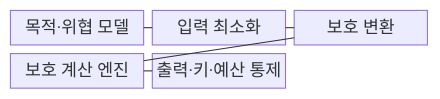
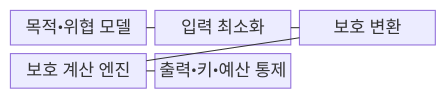
Before and after one commit to agnusdei1207/knowledge-base: the first of 2 diagrams in src/content/docs/notes/05-security/100_privacy_enhancing_technologies.md, drawn with Mermaid. The commit also changed other lines of this file and 953 other files, not shown here.

````diff
--- a/src/content/docs/notes/05-security/100_privacy_enhancing_technologies.md
+++ b/src/content/docs/notes/05-security/100_privacy_enhancing_technologies.md
@@ -61,13 +61,13 @@
 ```mermaid
 block-beta
   columns 3
-  A["목적·위협 모델"]
+  A["목적•위협 모델"]
   B["입력 최소화"]
   C["보호 변환"]
   D["보호 계산 엔진"]
-  E["출력·키·예산 통제"]
+  E["출력•키•예산 통제"]
   A --- B
   B --- C
   C --- D
   D --- E
 ```
````
